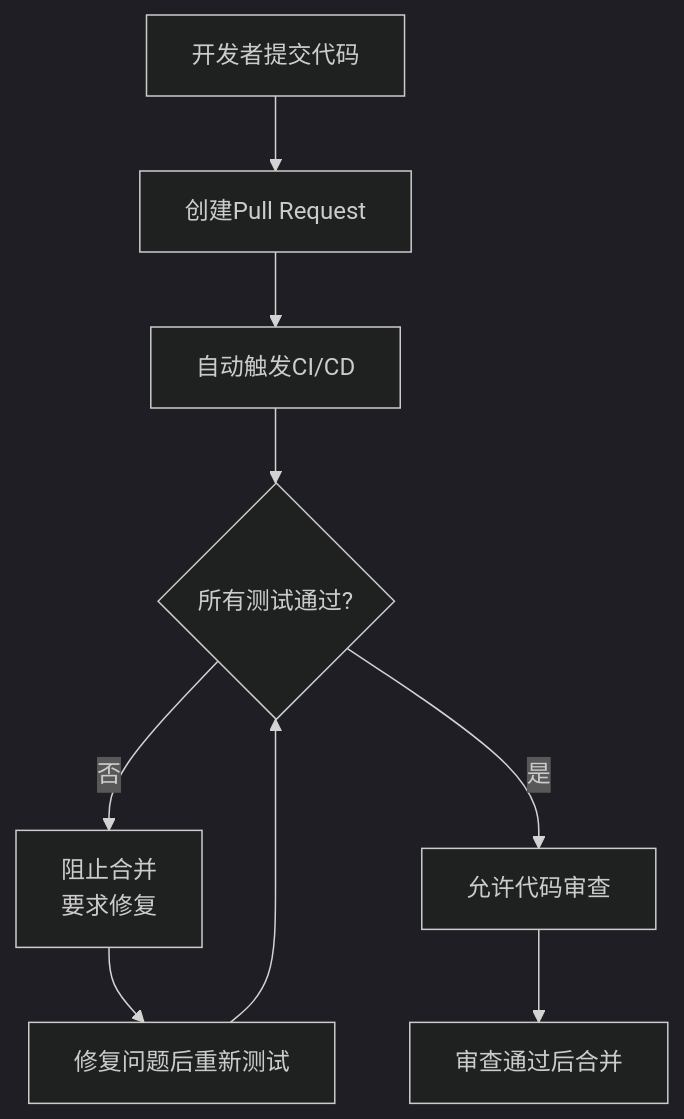
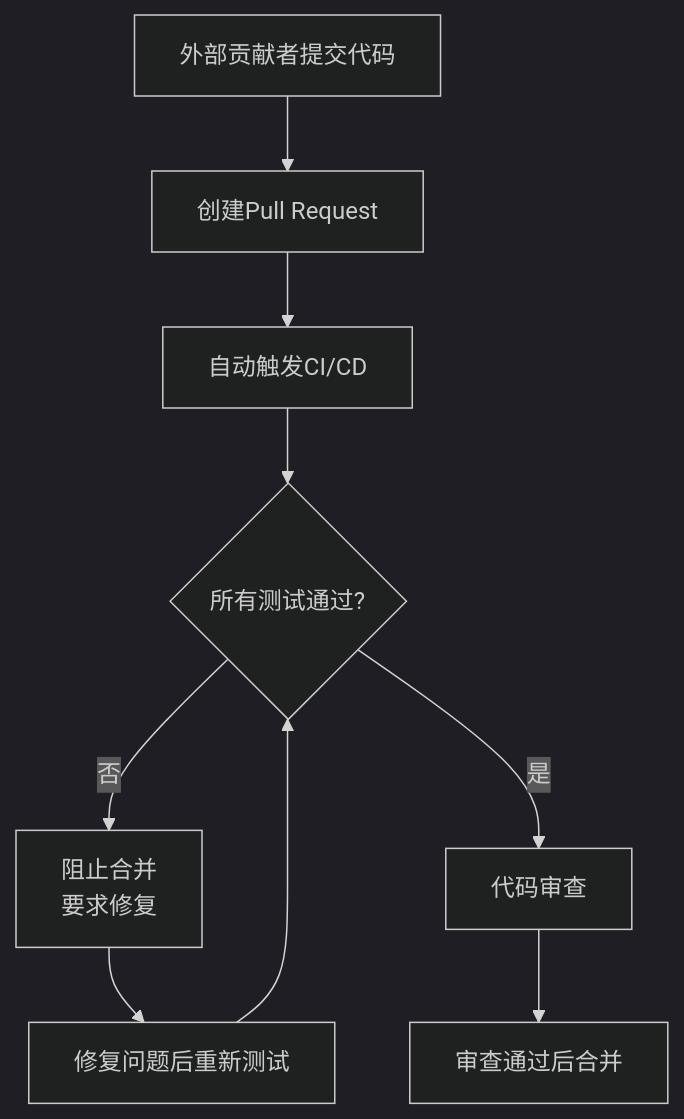
The first of 2 diagrams in BRANCH_PROTECTION_SETUP.md (mg1094/clash-for-AutoDL), drawn with Mermaid (dark theme) before and after one commit. The commit also changed other lines of this file and 1 other file, not shown here.

````diff
--- a/BRANCH_PROTECTION_SETUP.md
+++ b/BRANCH_PROTECTION_SETUP.md
@@ -35,11 +38,11 @@
 ```mermaid
 graph TD
-    A[开发者提交代码] --> B[创建Pull Request]
+    A[外部贡献者提交代码] --> B[创建Pull Request]
     B --> C[自动触发CI/CD]
     C --> D{所有测试通过?}
     D -->|否| E[阻止合并<br/>要求修复]
-    D -->|是| F[允许代码审查]
+    D -->|是| F[代码审查]
     F --> G[审查通过后合并]
     E --> H[修复问题后重新测试]
     H --> D
 ```
````
